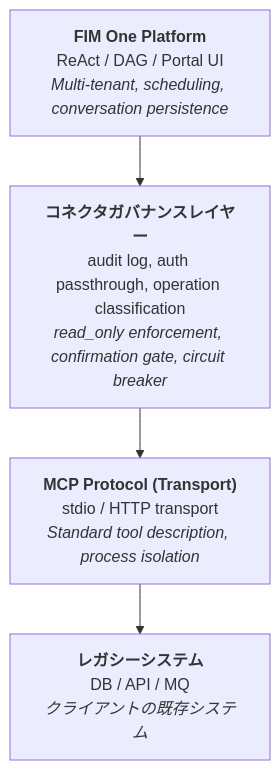
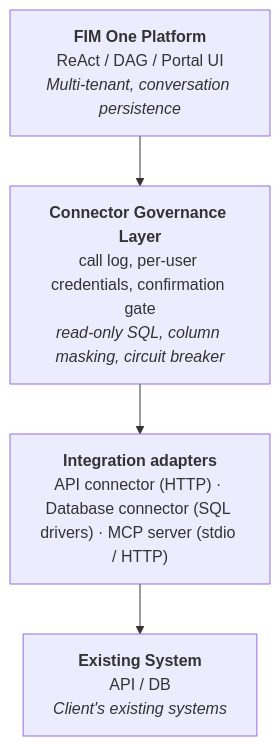
Before and after one commit to fim-ai/fim-one: the second of 5 diagrams in docs/ja/architecture/connector-architecture.mdx, drawn with Mermaid. The commit also changed other lines of this file and 280 other files, not shown here.

````diff
--- a/docs/ja/architecture/connector-architecture.mdx
+++ b/docs/ja/architecture/connector-architecture.mdx
@@ -44,9 +44,9 @@
 ```mermaid
 flowchart TB
-    A["<b>FIM One Platform</b><br/>ReAct / DAG / Portal UI<br/><i>Multi-tenant, scheduling, conversation persistence</i>"]
-    B["<b>コネクタガバナンスレイヤー</b><br/>audit log, auth passthrough, operation classification<br/><i>read_only enforcement, confirmation gate, circuit breaker</i>"]
-    C["<b>MCP Protocol (Transport)</b><br/>stdio / HTTP transport<br/><i>Standard tool description, process isolation</i>"]
-    D["<b>レガシーシステム</b><br/>DB / API / MQ<br/><i>クライアントの既存システム</i>"]
+    A["<b>FIM One Platform</b><br/>ReAct / DAG / Portal UI<br/><i>Multi-tenant, conversation persistence</i>"]
+    B["<b>Connector Governance Layer</b><br/>call log, per-user credentials, confirmation gate<br/><i>read-only SQL, column masking, circuit breaker</i>"]
+    C["<b>Integration adapters</b><br/>API connector (HTTP) · Database connector (SQL drivers) · MCP server (stdio / HTTP)"]
+    D["<b>Existing System</b><br/>API / DB<br/><i>Client's existing systems</i>"]
 
     A --> B --> C --> D
 ```
````
